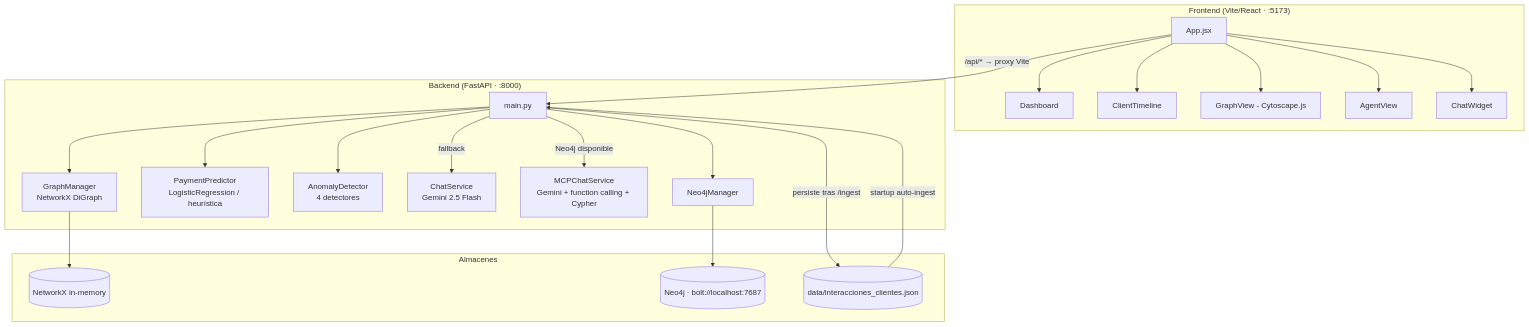
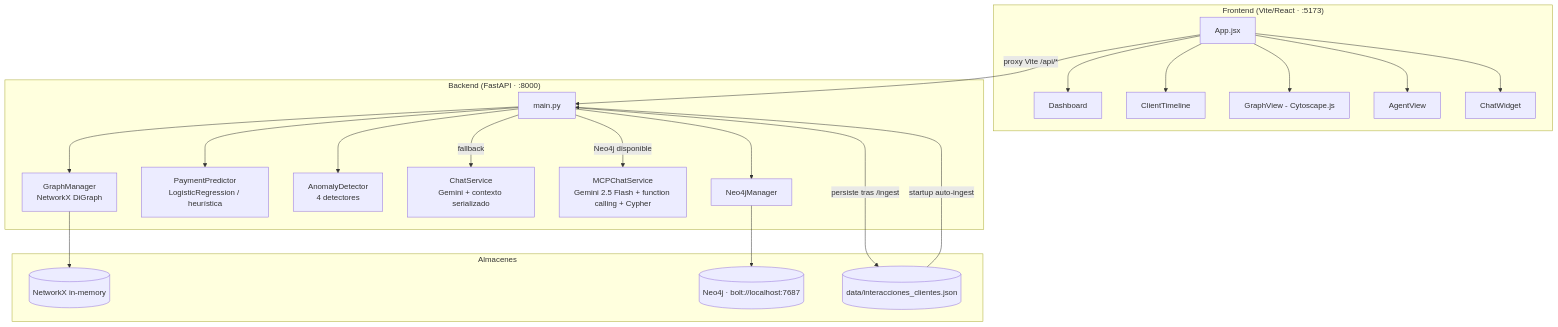
The first of 2 diagrams in README.md (Gerxld/PruebaTecnica), drawn with Mermaid before and after one commit. The commit also changed other lines of this file, not shown here.

````diff
--- a/README.md
+++ b/README.md
@@ -9,37 +41,37 @@
 ```mermaid
 graph TD
     subgraph Frontend["Frontend (Vite/React · :5173)"]
         UI[App.jsx]
         UI --> D[Dashboard]
         UI --> C[ClientTimeline]
         UI --> G[GraphView - Cytoscape.js]
         UI --> A[AgentView]
         UI --> CW[ChatWidget]
     end
 
     subgraph Backend["Backend (FastAPI · :8000)"]
         API[main.py]
         GM[GraphManager<br/>NetworkX DiGraph]
         PS[PaymentPredictor<br/>LogisticRegression / heurística]
         AD[AnomalyDetector<br/>4 detectores]
-        CS[ChatService<br/>Gemini 2.5 Flash]
-        MCP[MCPChatService<br/>Gemini + function calling + Cypher]
+        CS[ChatService<br/>Gemini + contexto serializado]
+        MCP[MCPChatService<br/>Gemini 2.5 Flash + function calling + Cypher]
         N4J[Neo4jManager]
     end
 
     subgraph Stores["Almacenes"]
         NX[(NetworkX in-memory)]
         NEO[(Neo4j · bolt://localhost:7687)]
         FILE[(data/interacciones_clientes.json)]
     end
 
-    UI -->|"/api/* → proxy Vite"| API
+    UI -->|"proxy Vite /api/*"| API
     API --> GM --> NX
     API --> N4J --> NEO
     API --> PS
     API --> AD
     API -->|Neo4j disponible| MCP
     API -->|fallback| CS
     FILE -->|startup auto-ingest| API
     API -->|persiste tras /ingest| FILE
 ```
````
